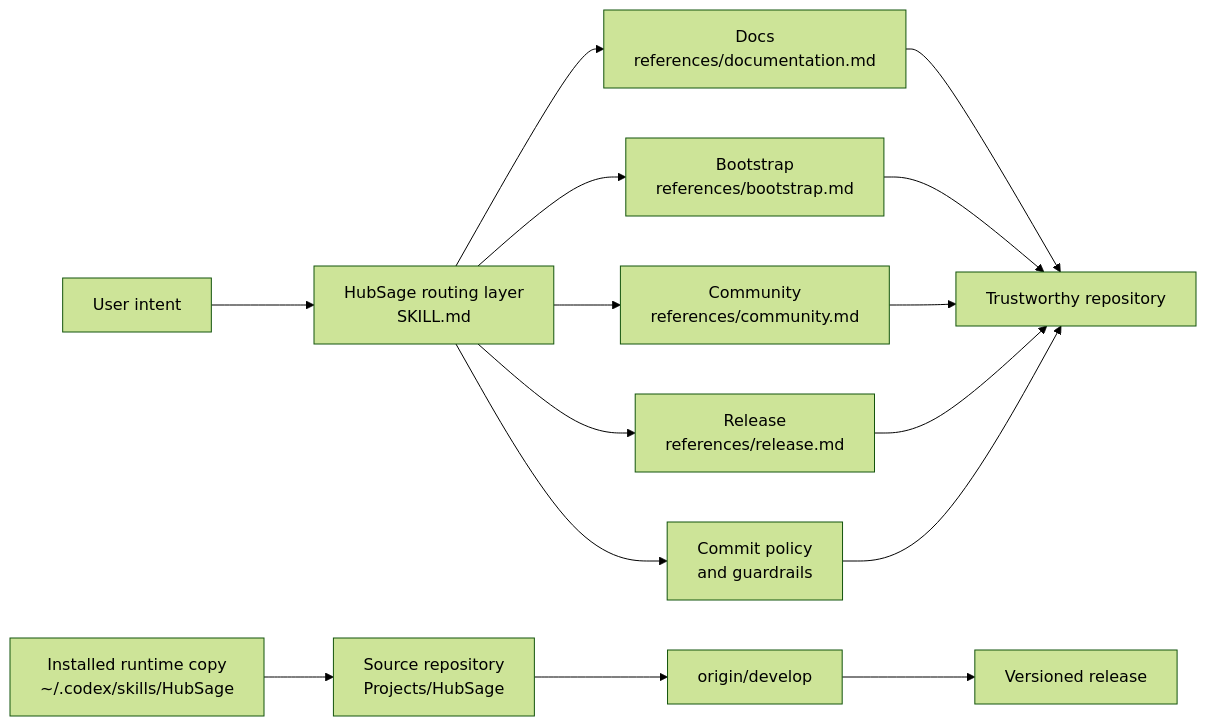
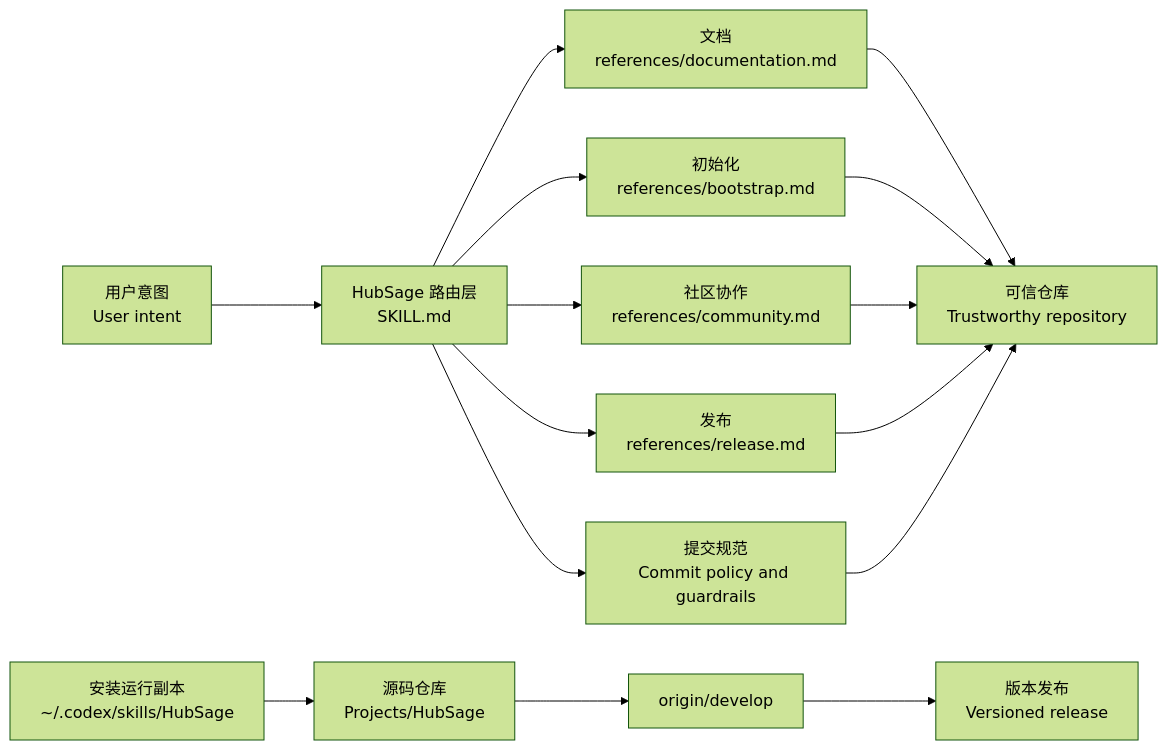
The diagram in README.md (Liii8888/HubSage), drawn with Mermaid (forest theme) before and after one commit. The commit also changed other lines of this file and 1 other file, not shown here.

````diff
--- a/README.md
+++ b/README.md
@@ -41,17 +47,17 @@
 ```mermaid
 flowchart LR
-    A["User intent"] --> B["HubSage routing layer<br/>SKILL.md"]
-    B --> C["Docs<br/>references/documentation.md"]
-    B --> D["Bootstrap<br/>references/bootstrap.md"]
-    B --> E["Community<br/>references/community.md"]
-    B --> F["Release<br/>references/release.md"]
-    B --> G["Commit policy<br/>and guardrails"]
-    C --> H["Trustworthy repository"]
+    A["用户意图<br/>User intent"] --> B["HubSage 路由层<br/>SKILL.md"]
+    B --> C["文档<br/>references/documentation.md"]
+    B --> D["初始化<br/>references/bootstrap.md"]
+    B --> E["社区协作<br/>references/community.md"]
+    B --> F["发布<br/>references/release.md"]
+    B --> G["提交规范<br/>Commit policy and guardrails"]
+    C --> H["可信仓库<br/>Trustworthy repository"]
     D --> H
     E --> H
     F --> H
     G --> H
-    I["Installed runtime copy<br/>~/.codex/skills/HubSage"] --> J["Source repository<br/>Projects/HubSage"]
+    I["安装运行副本<br/>~/.codex/skills/HubSage"] --> J["源码仓库<br/>Projects/HubSage"]
     J --> K["origin/develop"]
-    K --> L["Versioned release"]
+    K --> L["版本发布<br/>Versioned release"]
 ```
````
